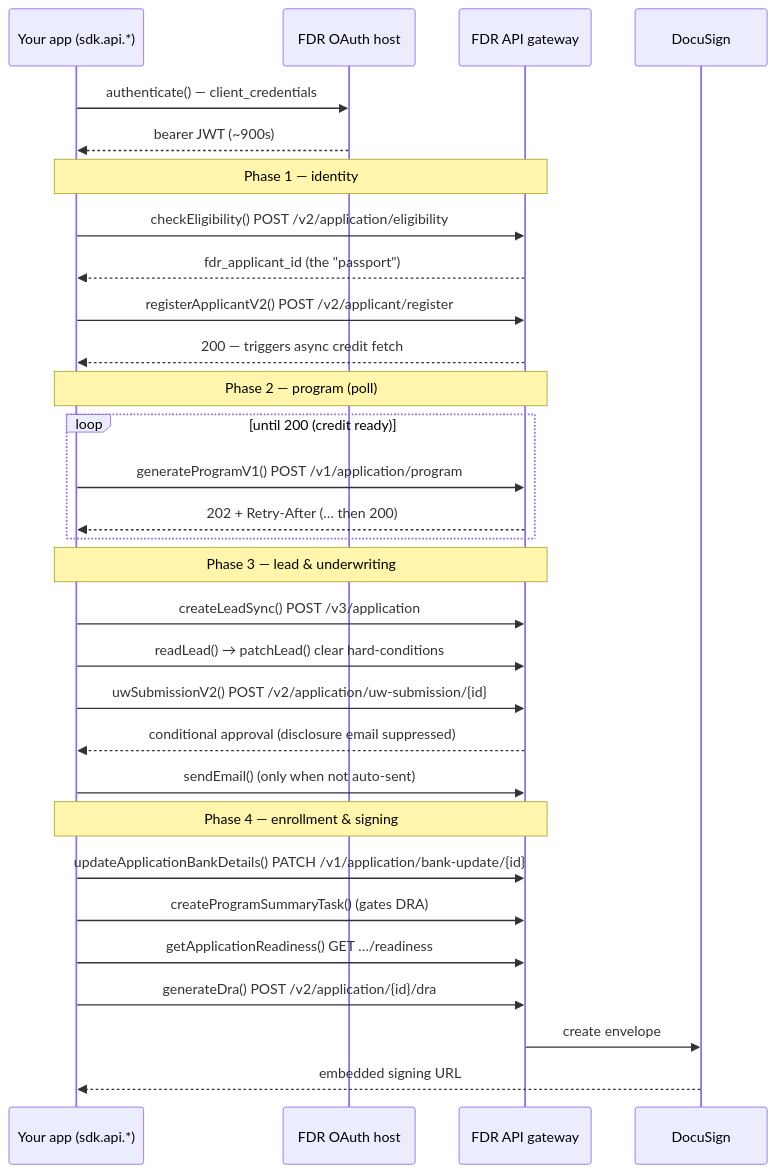
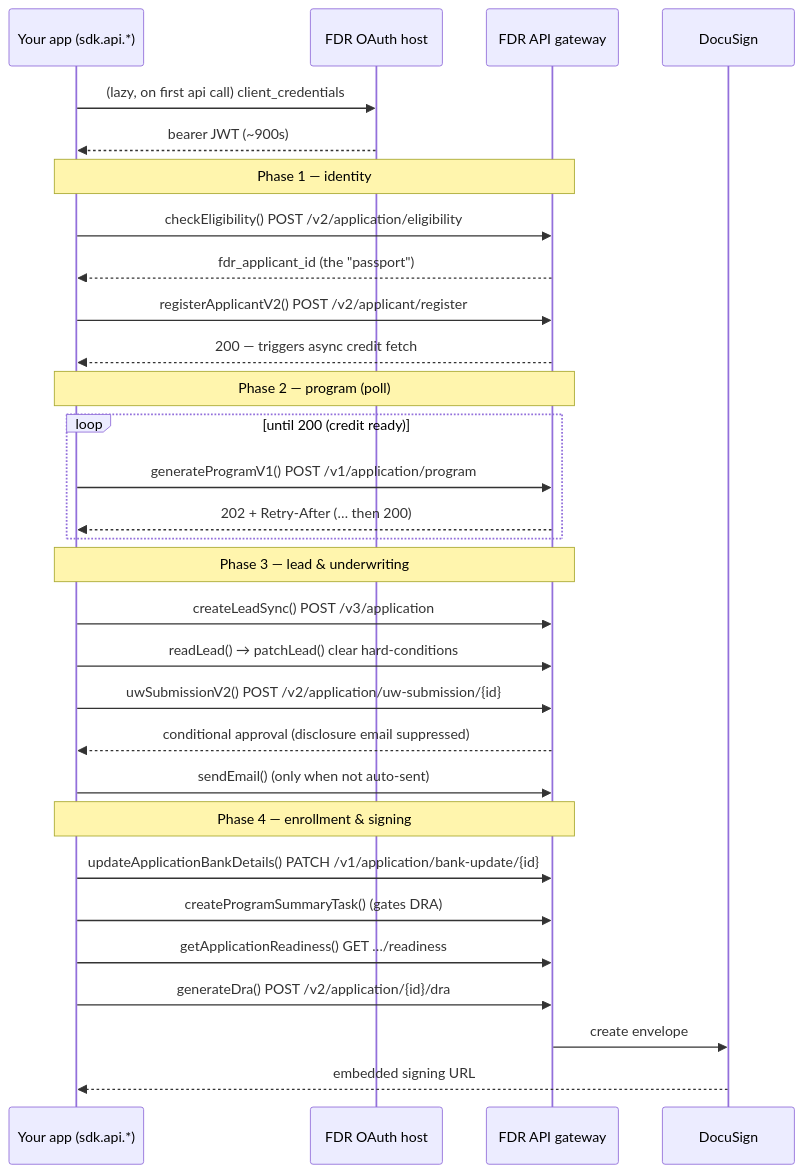
The diagram in README.md (BorrowBetter/arpcsdk), drawn with Mermaid before and after one commit. The commit also changed other lines of this file and 6 other files, not shown here.

First line of the commit message:
Lazy, cacheable OAuth token lifecycle (#1)

````diff
--- a/README.md
+++ b/README.md
@@ -52,37 +52,37 @@
 ```mermaid
 sequenceDiagram
     participant App as Your app (sdk.api.*)
     participant OAuth as FDR OAuth host
     participant GW as FDR API gateway
     participant DS as DocuSign
 
-    App->>OAuth: authenticate() — client_credentials
+    App->>OAuth: (lazy, on first api call) client_credentials
     OAuth-->>App: bearer JWT (~900s)
 
     Note over App,GW: Phase 1 — identity
     App->>GW: checkEligibility()  POST /v2/application/eligibility
     GW-->>App: fdr_applicant_id (the "passport")
     App->>GW: registerApplicantV2()  POST /v2/applicant/register
     GW-->>App: 200 — triggers async credit fetch
 
     Note over App,GW: Phase 2 — program (poll)
     loop until 200 (credit ready)
         App->>GW: generateProgramV1()  POST /v1/application/program
         GW-->>App: 202 + Retry-After  (… then 200)
     end
 
     Note over App,GW: Phase 3 — lead & underwriting
     App->>GW: createLeadSync()  POST /v3/application
     App->>GW: readLead() → patchLead()  clear hard-conditions
     App->>GW: uwSubmissionV2()  POST /v2/application/uw-submission/{id}
     GW-->>App: conditional approval (disclosure email suppressed)
     App->>GW: sendEmail()  (only when not auto-sent)
 
     Note over App,GW: Phase 4 — enrollment & signing
     App->>GW: updateApplicationBankDetails()  PATCH /v1/application/bank-update/{id}
     App->>GW: createProgramSummaryTask()  (gates DRA)
     App->>GW: getApplicationReadiness()  GET …/readiness
     App->>GW: generateDra()  POST /v2/application/{id}/dra
     GW->>DS: create envelope
     DS-->>App: embedded signing URL
 ```
````
